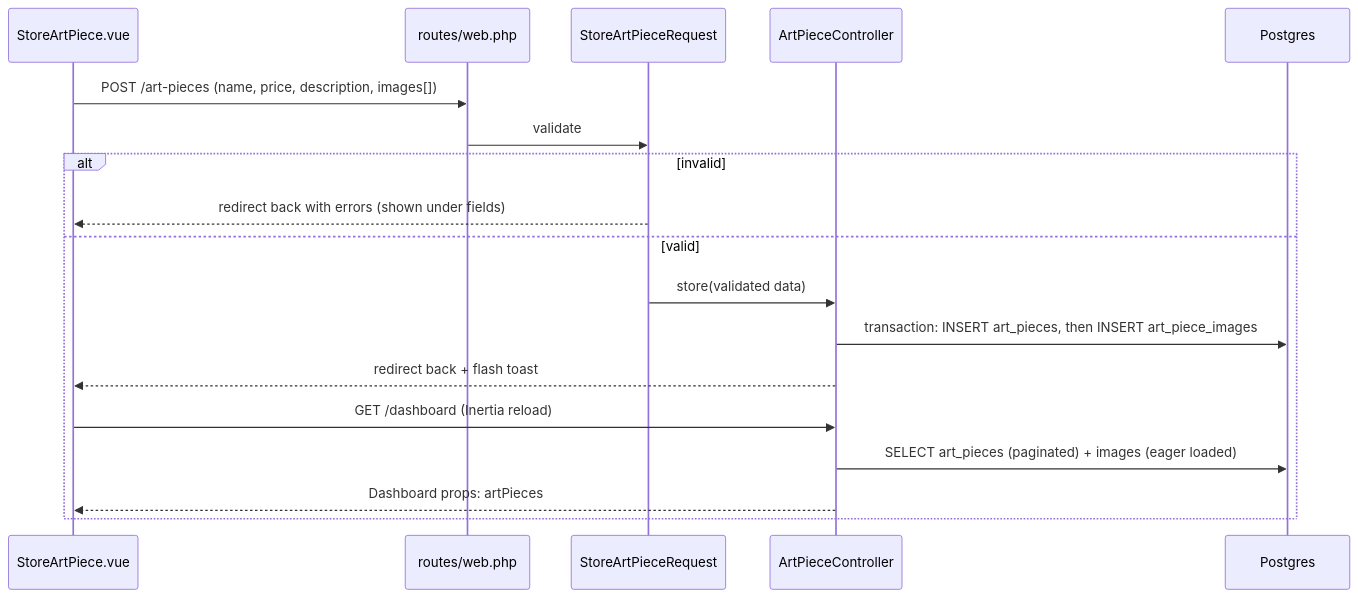
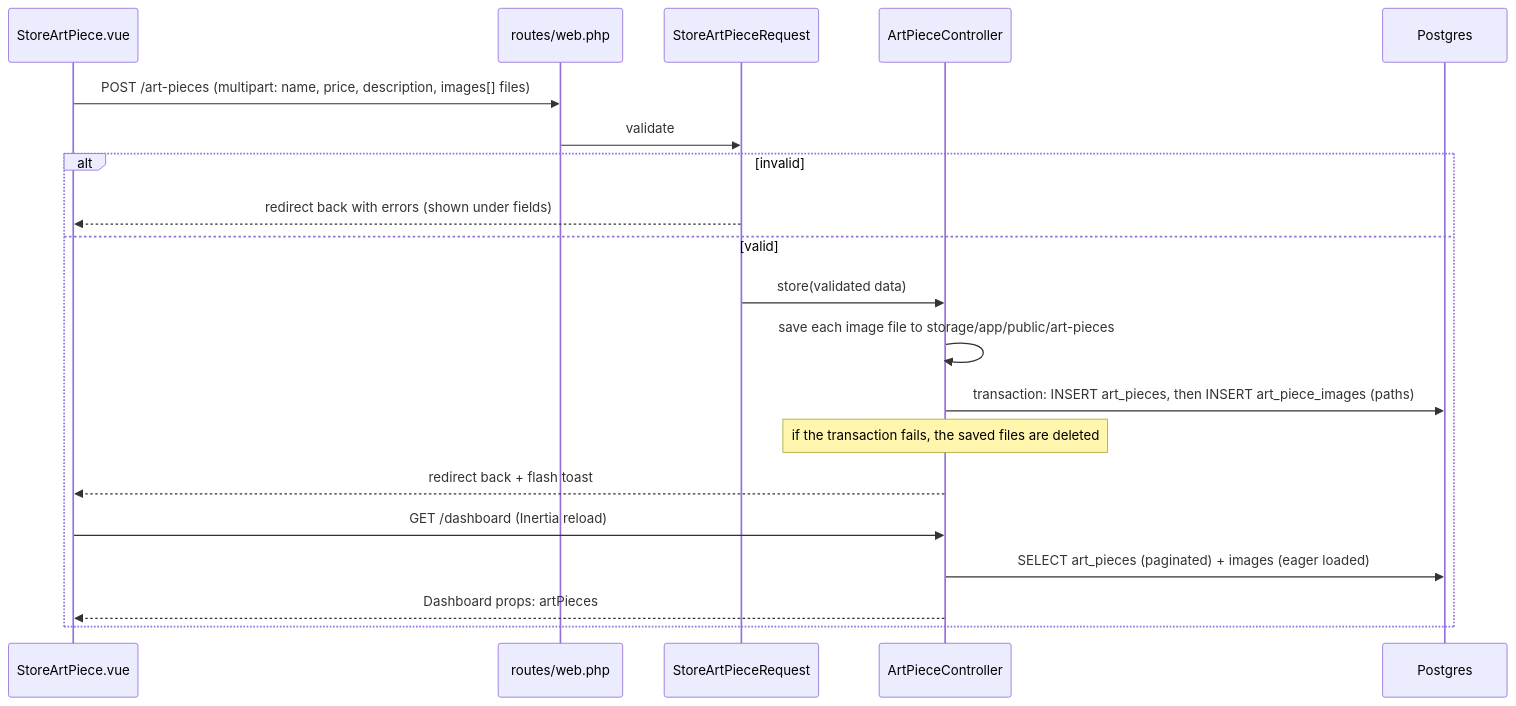
Before and after one commit to matthewMadore/tucker-collection: the third of 3 diagrams in docs/project/schema.md, drawn with Mermaid. The commit also changed other lines of this file and 13 other files, not shown here.

First line of the commit message:
Add drag-and-drop image upload for art pieces

````diff
--- a/docs/project/schema.md
+++ b/docs/project/schema.md
@@ -124,21 +124,23 @@
 ```mermaid
 sequenceDiagram
     participant V as StoreArtPiece.vue
     participant R as routes/web.php
     participant F as StoreArtPieceRequest
     participant C as ArtPieceController
     participant DB as Postgres
 
-    V->>R: POST /art-pieces (name, price, description, images[])
+    V->>R: POST /art-pieces (multipart: name, price, description, images[] files)
     R->>F: validate
     alt invalid
         F-->>V: redirect back with errors (shown under fields)
     else valid
         F->>C: store(validated data)
-        C->>DB: transaction: INSERT art_pieces, then INSERT art_piece_images
+        C->>C: save each image file to storage/app/public/art-pieces
+        C->>DB: transaction: INSERT art_pieces, then INSERT art_piece_images (paths)
+        Note over C: if the transaction fails, the saved files are deleted
         C-->>V: redirect back + flash toast
         V->>C: GET /dashboard (Inertia reload)
         C->>DB: SELECT art_pieces (paginated) + images (eager loaded)
         C-->>V: Dashboard props: artPieces
     end
 ```
````
